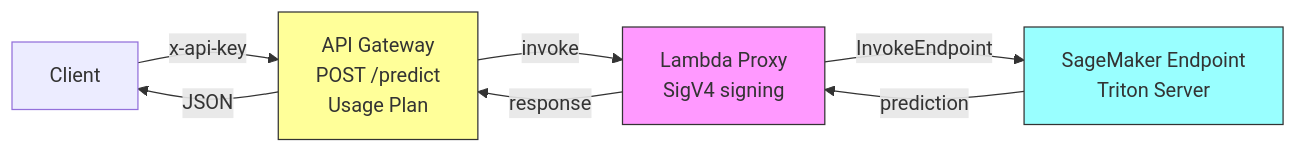
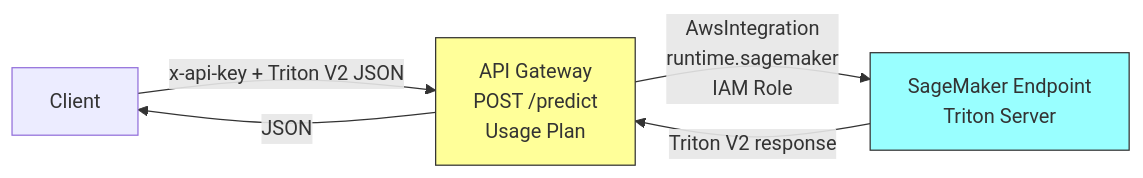
The fifth of 6 diagrams in .kiro/specs/mnist-inference-endpoint/design.md (ruhuitay/sagemaker), drawn with Mermaid before and after one commit. The commit also changed other lines of this file and 4 other files, not shown here.

````diff
--- a/.kiro/specs/mnist-inference-endpoint/design.md
+++ b/.kiro/specs/mnist-inference-endpoint/design.md
@@ -88,13 +113,10 @@
 ```mermaid
 graph LR
-    Client -->|x-api-key| APIGateway[API Gateway<br/>POST /predict<br/>Usage Plan]
-    APIGateway -->|invoke| Lambda[Lambda Proxy<br/>SigV4 signing]
-    Lambda -->|InvokeEndpoint| SageMaker[SageMaker Endpoint<br/>Triton Server]
-    SageMaker -->|prediction| Lambda
-    Lambda -->|response| APIGateway
+    Client -->|x-api-key + Triton V2 JSON| APIGateway[API Gateway<br/>POST /predict<br/>Usage Plan]
+    APIGateway -->|AwsIntegration<br/>runtime.sagemaker<br/>IAM Role| SageMaker[SageMaker Endpoint<br/>Triton Server]
+    SageMaker -->|Triton V2 response| APIGateway
     APIGateway -->|JSON| Client
 
     style APIGateway fill:#ff9,stroke:#333
-    style Lambda fill:#f9f,stroke:#333
     style SageMaker fill:#9ff,stroke:#333
 ```
````
